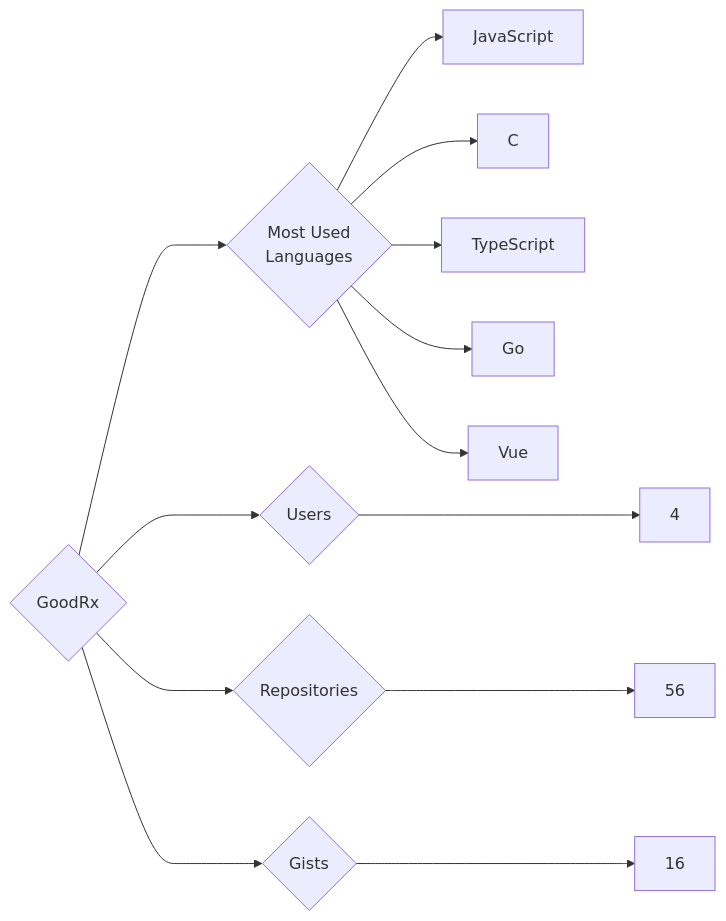
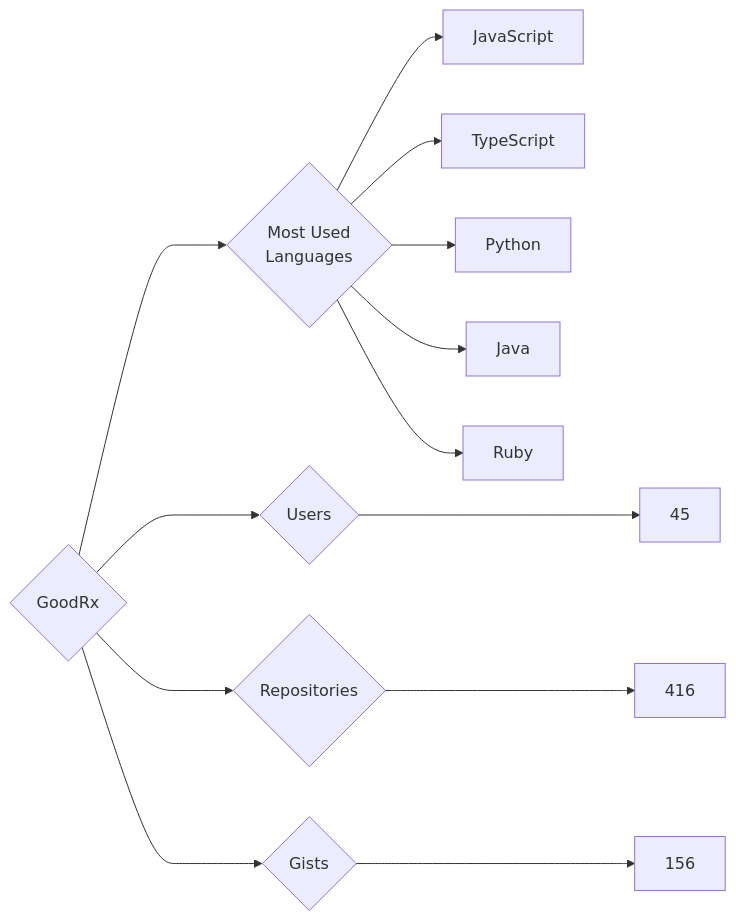
Before and after one commit to trickest/insiders: the diagram in targets/GoodRx/README.md, drawn with Mermaid. The commit also changed 861 other files, not shown here.

````diff
--- a/targets/GoodRx/README.md
+++ b/targets/GoodRx/README.md
@@ -3,13 +3,13 @@
 ```mermaid
 graph LR
 COMPANY_NAME{GoodRx}
-COMPANY_NAME ---> U{Users} ---> UN[4]
-COMPANY_NAME ---> R{Repositories} ---> RN[56]
-COMPANY_NAME ---> G{Gists} ---> GN[16]
+COMPANY_NAME ---> U{Users} ---> UN[45]
+COMPANY_NAME ---> R{Repositories} ---> RN[416]
+COMPANY_NAME ---> G{Gists} ---> GN[156]
 COMPANY_NAME ---> ML{Most Used<br>Languages}
 ML --> JavaScript[JavaScript]
-ML --> C[C]
 ML --> TypeScript[TypeScript]
-ML --> Go[Go]
-ML --> Vue[Vue]
+ML --> Python[Python]
+ML --> Java[Java]
+ML --> Ruby[Ruby]
 ```
````
